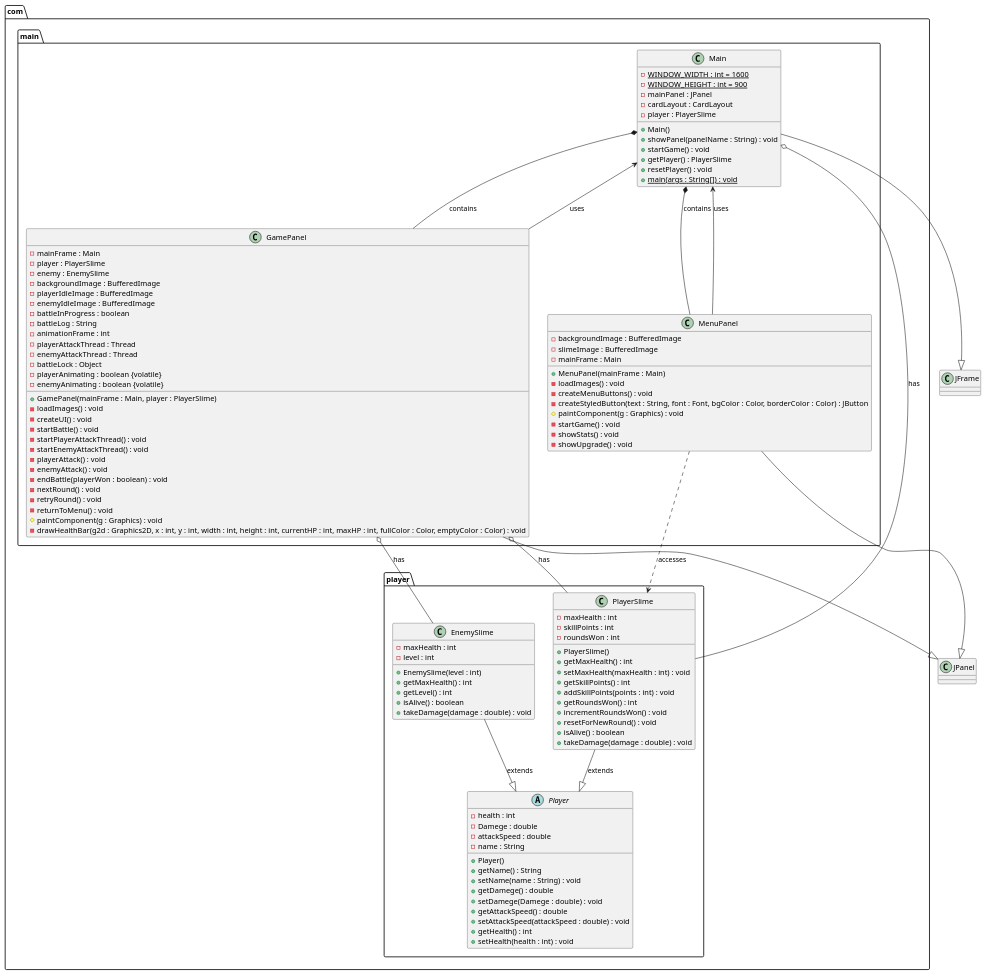
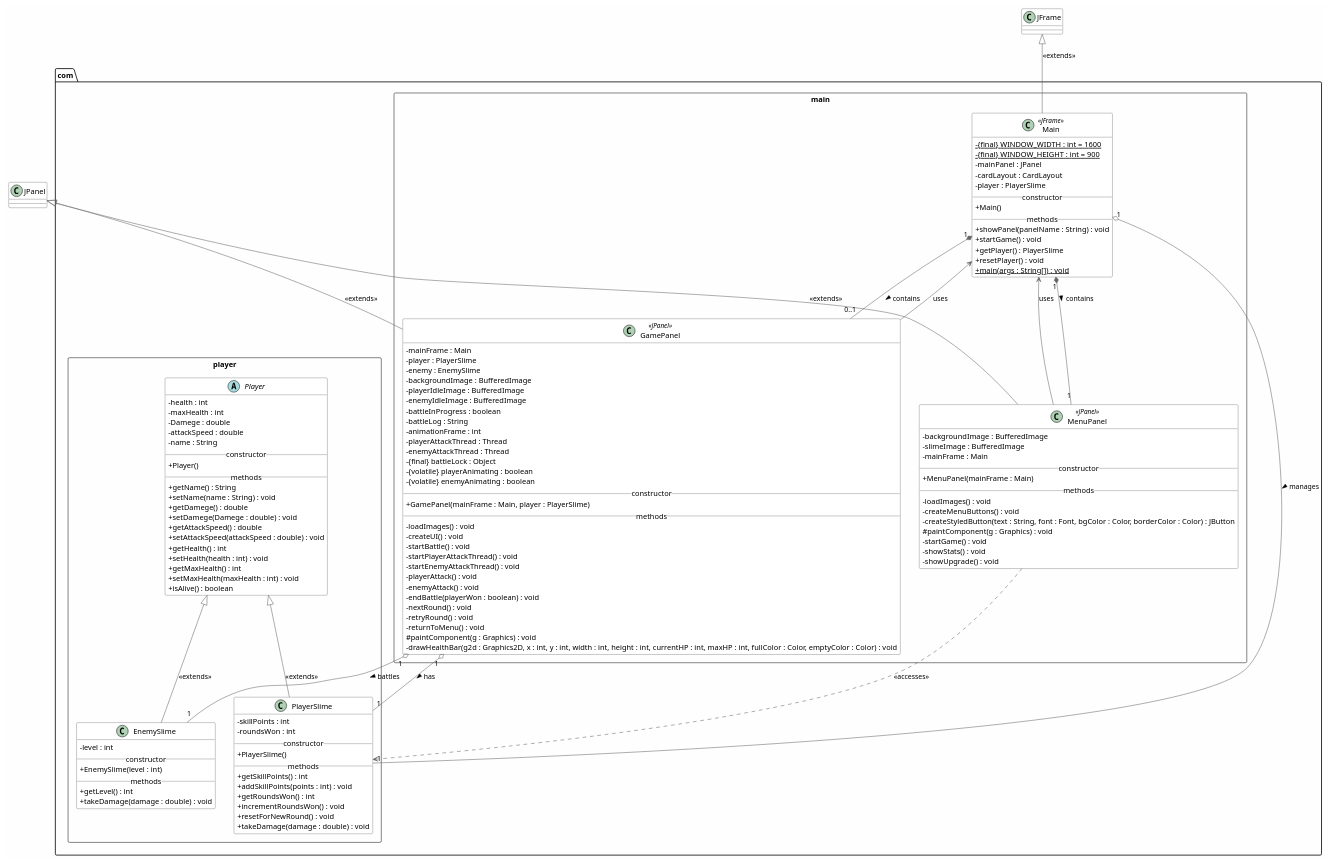
One commit to ramenguykung/slime_domination changed the diagram in diagram.puml. Above: the diagram before and after it, drawn with PlantUML. The commit also changed 1 other file, not shown here.

Commit message:
Update .gitignore and UML class diagram: add 'out/' directory

```diff
--- a/diagram.puml
+++ b/diagram.puml
@@ -1,136 +1,146 @@
 @startuml Slime Domination Class Diagram
 
+skinparam classAttributeIconSize 0
+skinparam backgroundColor #FEFEFE
+skinparam class {
+    BackgroundColor #FFFFFF
+    BorderColor #333333
+    ArrowColor #666666
+}
+
 ' Main package
-package com.main {
-    class Main {
-        - {static} WINDOW_WIDTH : int = 1600
-        - {static} WINDOW_HEIGHT : int = 900
+package "com.main" <<Rectangle>> {
+    class Main <<JFrame>> {
+        - {static} {final} WINDOW_WIDTH : int = 1600
+        - {static} {final} WINDOW_HEIGHT : int = 900
         - mainPanel : JPanel
         - cardLayout : CardLayout
         - player : PlayerSlime
-        
+        __constructor__
         + Main()
+        __methods__
         + showPanel(panelName : String) : void
         + startGame() : void
         + getPlayer() : PlayerSlime
         + resetPlayer() : void
         + {static} main(args : String[]) : void
     }
     
-    class MenuPanel {
+    class MenuPanel <<JPanel>> {
         - backgroundImage : BufferedImage
         - slimeImage : BufferedImage
         - mainFrame : Main
-        
+        __constructor__
         + MenuPanel(mainFrame : Main)
+        __methods__
         - loadImages() : void
         - createMenuButtons() : void
         - createStyledButton(text : String, font : Font, bgColor : Color, borderColor : Color) : JButton
         # paintComponent(g : Graphics) : void
         - startGame() : void
         - showStats() : void
         - showUpgrade() : void
     }
     
-    class GamePanel {
+    class GamePanel <<JPanel>> {
         - mainFrame : Main
         - player : PlayerSlime
         - enemy : EnemySlime
         - backgroundImage : BufferedImage
         - playerIdleImage : BufferedImage
         - enemyIdleImage : BufferedImage
         - battleInProgress : boolean
         - battleLog : String
         - animationFrame : int
         - playerAttackThread : Thread
         - enemyAttackThread : Thread
-        - battleLock : Object
-        - playerAnimating : boolean {volatile}
-        - enemyAnimating : boolean {volatile}
-        
+        - {final} battleLock : Object
+        - {volatile} playerAnimating : boolean
+        - {volatile} enemyAnimating : boolean
+        __constructor__
         + GamePanel(mainFrame : Main, player : PlayerSlime)
+        __methods__
         - loadImages() : void
         - createUI() : void
         - startBattle() : void
         - startPlayerAttackThread() : void
         - startEnemyAttackThread() : void
         - playerAttack() : void
         - enemyAttack() : void
         - endBattle(playerWon : boolean) : void
         - nextRound() : void
         - retryRound() : void
         - returnToMenu() : void
         # paintComponent(g : Graphics) : void
         - drawHealthBar(g2d : Graphics2D, x : int, y : int, width : int, height : int, currentHP : int, maxHP : int, fullColor : Color, emptyColor : Color) : void
     }
 }
 
 ' Player package
-package com.player {
+package "com.player" <<Rectangle>> {
     abstract class Player {
         - health : int
+        - maxHealth : int
         - Damege : double
         - attackSpeed : double
         - name : String
-        
+        __constructor__
         + Player()
+        __methods__
         + getName() : String
         + setName(name : String) : void
         + getDamege() : double
         + setDamege(Damege : double) : void
         + getAttackSpeed() : double
         + setAttackSpeed(attackSpeed : double) : void
         + getHealth() : int
         + setHealth(health : int) : void
+        + getMaxHealth() : int
+        + setMaxHealth(maxHealth : int) : void
+        + isAlive() : boolean
     }
     
     class PlayerSlime {
-        - maxHealth : int
         - skillPoints : int
         - roundsWon : int
-        
+        __constructor__
         + PlayerSlime()
-        + getMaxHealth() : int
-        + setMaxHealth(maxHealth : int) : void
+        __methods__
         + getSkillPoints() : int
         + addSkillPoints(points : int) : void
         + getRoundsWon() : int
         + incrementRoundsWon() : void
         + resetForNewRound() : void
-        + isAlive() : boolean
         + takeDamage(damage : double) : void
     }
     
     class EnemySlime {
-        - maxHealth : int
         - level : int
-        
+        __constructor__
         + EnemySlime(level : int)
-        + getMaxHealth() : int
+        __methods__
         + getLevel() : int
-        + isAlive() : boolean
         + takeDamage(damage : double) : void
     }
 }
 
-' Relationships
-Main *-- MenuPanel : contains
-Main *-- GamePanel : contains
-Main o-- PlayerSlime : has
+' Inheritance Relationships
+PlayerSlime -up-|> Player : <<extends>>
+EnemySlime -up-|> Player : <<extends>>
+Main -up-|> JFrame : <<extends>>
+MenuPanel -up-|> JPanel : <<extends>>
+GamePanel -up-|> JPanel : <<extends>>
 
-MenuPanel --> Main : uses
-MenuPanel ..> PlayerSlime : accesses
+' Composition and Association Relationships
+Main "1" *-down- "1" MenuPanel : contains >
+Main "1" *-down- "0..1" GamePanel : contains >
+Main "1" o-right- "1" PlayerSlime : manages >
 
-GamePanel --> Main : uses
-GamePanel o-- PlayerSlime : has
-GamePanel o-- EnemySlime : has
+MenuPanel -up-> Main : uses
+MenuPanel ..> PlayerSlime : <<accesses>>
 
-PlayerSlime --|> Player : extends
-EnemySlime --|> Player : extends
-
-' Swing framework relationships
-Main --|> JFrame
-MenuPanel --|> JPanel
-GamePanel --|> JPanel
+GamePanel -up-> Main : uses
+GamePanel "1" o-- "1" PlayerSlime : has >
+GamePanel "1" o-- "1" EnemySlime : battles >
 
 @enduml
```
